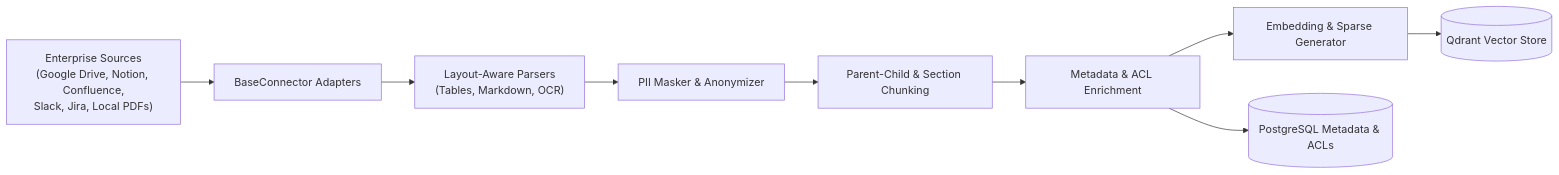
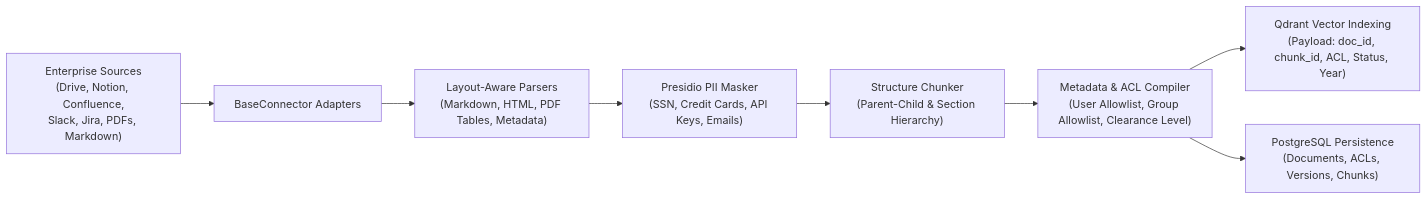
One commit to AlokChaudhary752/Agentic-RAG- changed the second of 5 diagrams in docs/architecture.md. Above: the diagram before and after it, drawn with Mermaid. The commit also changed other lines of this file and 14 other files, not shown here.

````diff
--- a/docs/architecture.md
+++ b/docs/architecture.md
@@ -49,11 +65,10 @@
 ```mermaid
 flowchart LR
-    Sources["Enterprise Sources\n(Google Drive, Notion, Confluence,\nSlack, Jira, Local PDFs)"] --> Connectors["BaseConnector Adapters"]
-    Connectors --> Parsers["Layout-Aware Parsers\n(Tables, Markdown, OCR)"]
-    Parsers --> Masker["PII Masker & Anonymizer"]
-    Masker --> Chunking["Parent-Child & Section Chunking"]
-    Chunking --> MetadataEnricher["Metadata & ACL Enrichment"]
-    MetadataEnricher --> Embedder["Embedding & Sparse Generator"]
-    Embedder --> VectorSink[("Qdrant Vector Store")]
-    MetadataEnricher --> DBSink[("PostgreSQL Metadata & ACLs")]
+    Sources["Enterprise Sources\n(Drive, Notion, Confluence,\nSlack, Jira, PDFs, Markdown)"] --> Connectors["BaseConnector Adapters"]
+    Connectors --> Parsers["Layout-Aware Parsers\n(Markdown, HTML, PDF Tables, Metadata)"]
+    Parsers --> Masker["Presidio PII Masker\n(SSN, Credit Cards, API Keys, Emails)"]
+    Masker --> Chunker["Structure Chunker\n(Parent-Child & Section Hierarchy)"]
+    Chunker --> Enricher["Metadata & ACL Compiler\n(User Allowlist, Group Allowlist, Clearance Level)"]
+    Enricher --> QdrantSync["Qdrant Vector Indexing\n(Payload: doc_id, chunk_id, ACL, Status, Year)"]
+    Enricher --> PostgresSync["PostgreSQL Persistence\n(Documents, ACLs, Versions, Chunks)"]
 ```
````
